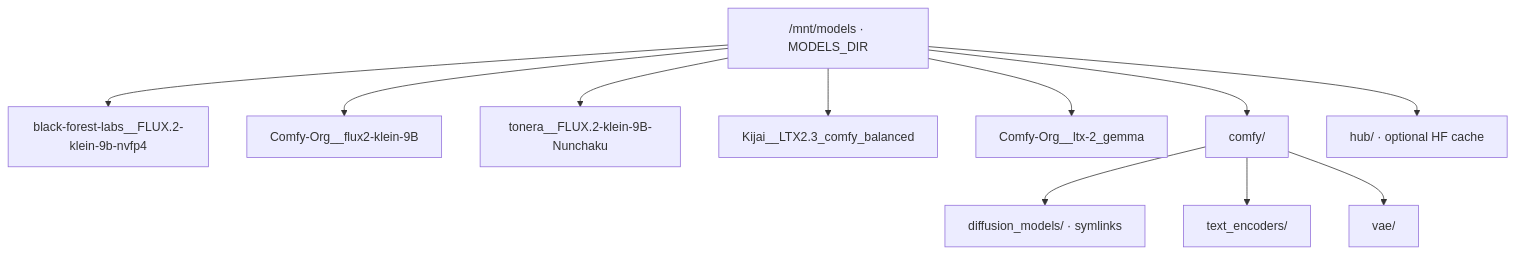
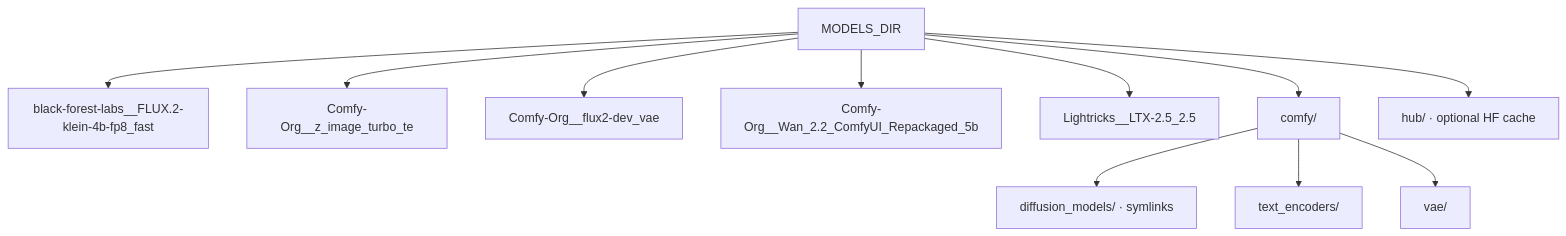
The first of 4 diagrams in docs/models-and-cache.md (toxicoder/ez-comfy-stack), drawn with Mermaid before and after one commit. The commit also changed other lines of this file and 142 other files, not shown here.

````diff
--- a/docs/models-and-cache.md
+++ b/docs/models-and-cache.md
@@ -83,14 +86,14 @@
 ```mermaid
 flowchart TB
-  Root["/mnt/models · MODELS_DIR"]
-  Root --> Flux1["black-forest-labs__FLUX.2-klein-9b-nvfp4"]
-  Root --> Comp["Comfy-Org__flux2-klein-9B"]
-  Root --> Flux2["tonera__FLUX.2-klein-9B-Nunchaku"]
-  Root --> Ltx["Kijai__LTX2.3_comfy_balanced"]
-  Root --> Gemma["Comfy-Org__ltx-2_gemma"]
+  Root["MODELS_DIR"]
+  Root --> Klein["black-forest-labs__FLUX.2-klein-4b-fp8_fast"]
+  Root --> TE["Comfy-Org__z_image_turbo_te"]
+  Root --> VAE["Comfy-Org__flux2-dev_vae"]
+  Root --> Wan["Comfy-Org__Wan_2.2_ComfyUI_Repackaged_5b"]
+  Root --> Ltx["Lightricks__LTX-2.5_2.5"]
   Root --> Comfy["comfy/"]
   Root --> Hub["hub/ · optional HF cache"]
   Comfy --> DM["diffusion_models/ · symlinks"]
-  Comfy --> TE["text_encoders/"]
-  Comfy --> VAE["vae/"]
+  Comfy --> TEd["text_encoders/"]
+  Comfy --> VAEd["vae/"]
 ```
````
